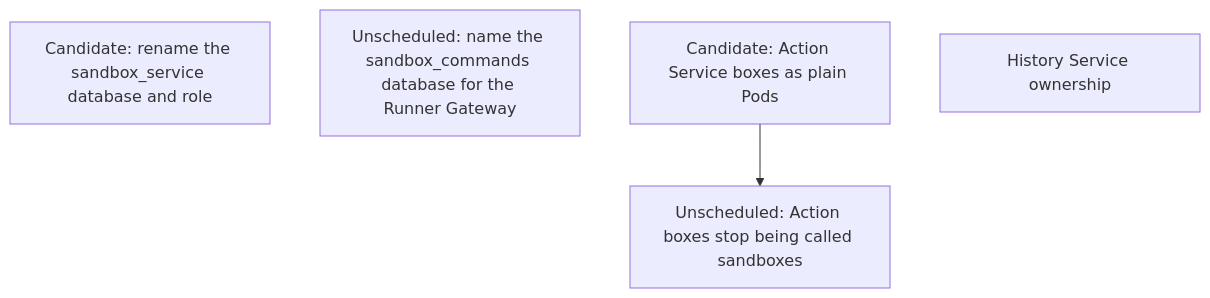
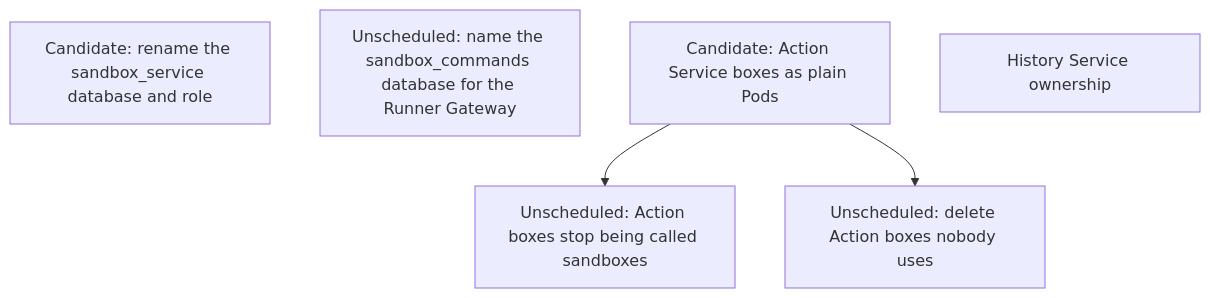
One commit to agentydragon-agent/ducktape changed diagram 11 of 14 in agentplane/plans/task_dag.md. Above: the diagram before and after it, drawn with Mermaid. The commit also changed other lines of this file, not shown here.

````diff
--- a/agentplane/plans/task_dag.md
+++ b/agentplane/plans/task_dag.md
@@ -763,8 +775,9 @@
 ```mermaid
 flowchart TD
     HISTORY_DATABASE_RENAME[Candidate: rename the sandbox_service database and role]
     SANDBOX_DATABASE_RENAME[Unscheduled: name the sandbox_commands database for the Runner Gateway]
     ACTION_SANDBOX_PODS[Candidate: Action Service boxes as plain Pods]
     ACTION_SANDBOX_PODS --> ACTION_BOX_RENAME[Unscheduled: Action boxes stop being called sandboxes]
+    ACTION_SANDBOX_PODS --> ACTION_BOX_IDLE_REAPER[Unscheduled: delete Action boxes nobody uses]
     HISTORY_SERVICE_OWNERSHIP[History Service ownership]
 ```
````
